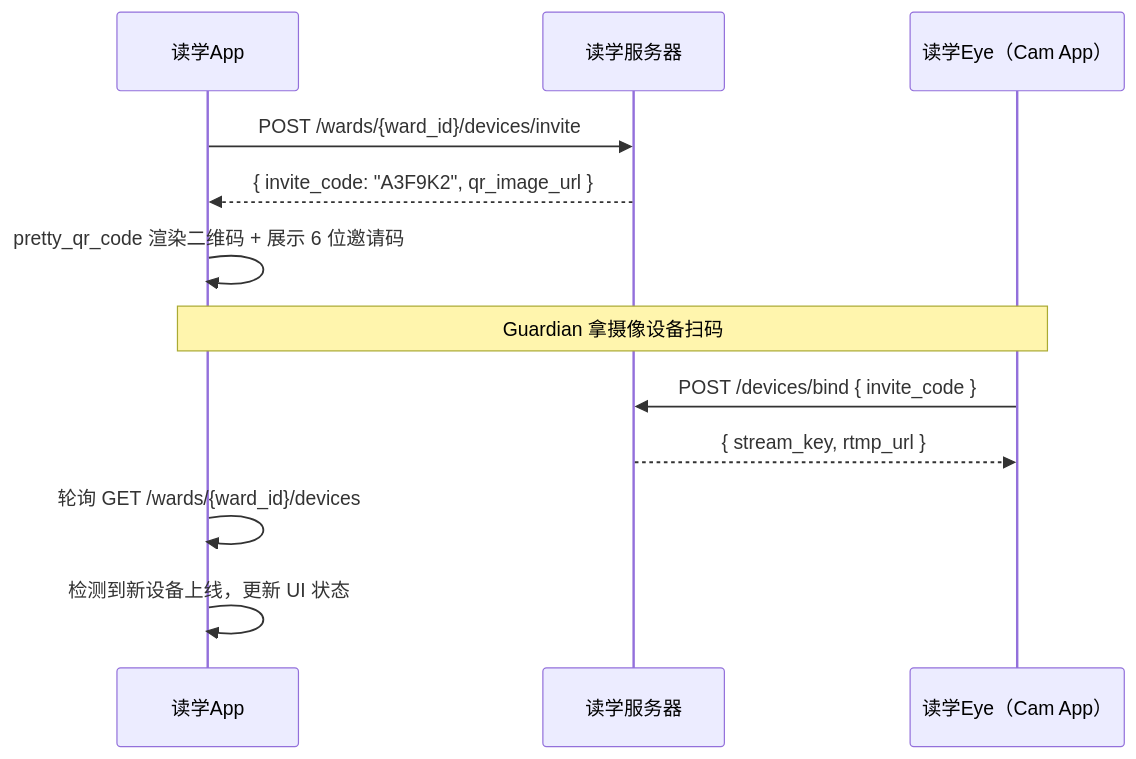
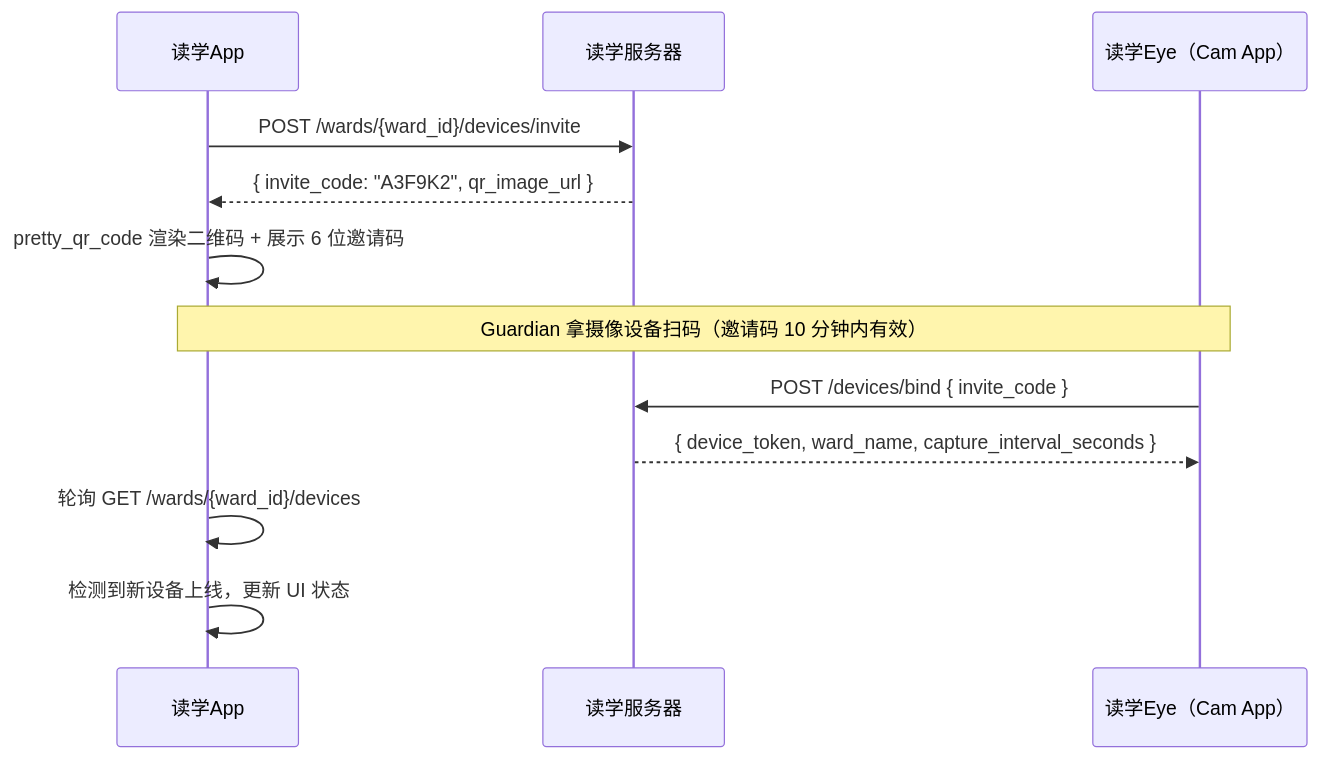
One commit to johanchow/duxue changed the second of 3 diagrams in duxue-app/docs/ARCHITECHTURE.md. Above: the diagram before and after it, drawn with Mermaid. The commit also changed other lines of this file and 18 other files, not shown here.

````diff
--- a/duxue-app/docs/ARCHITECHTURE.md
+++ b/duxue-app/docs/ARCHITECHTURE.md
@@ -168,17 +168,17 @@
 ```mermaid
 sequenceDiagram
     participant APP as 读学App
     participant API as 读学服务器
     participant CAM as 读学Eye（Cam App）
 
     APP->>API: POST /wards/{ward_id}/devices/invite
     API-->>APP: { invite_code: "A3F9K2", qr_image_url }
     APP->>APP: pretty_qr_code 渲染二维码 + 展示 6 位邀请码
-    Note over APP,CAM: Guardian 拿摄像设备扫码
+    Note over APP,CAM: Guardian 拿摄像设备扫码（邀请码 10 分钟内有效）
 
     CAM->>API: POST /devices/bind { invite_code }
-    API-->>CAM: { stream_key, rtmp_url }
+    API-->>CAM: { device_token, ward_name, capture_interval_seconds }
 
     APP->>APP: 轮询 GET /wards/{ward_id}/devices
     APP->>APP: 检测到新设备上线，更新 UI 状态
 ```
````
